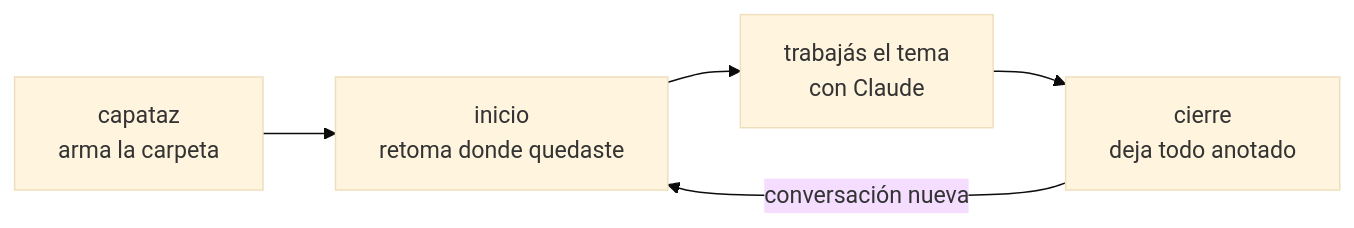
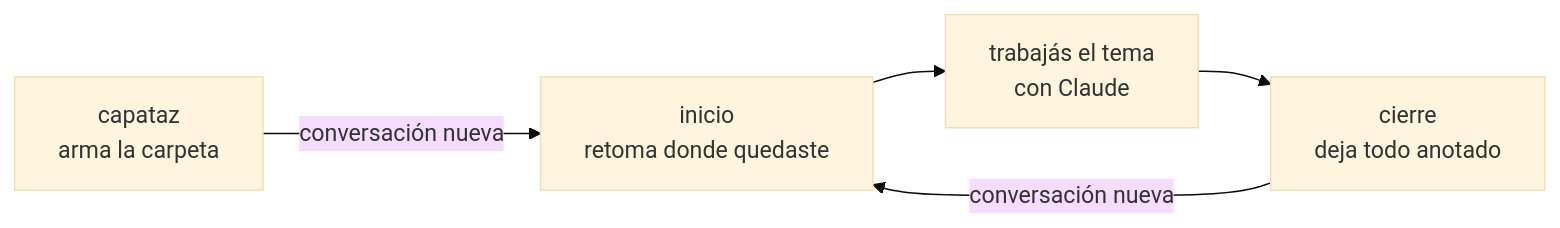
Before and after one commit to guidocameraeq/kit-eq: the diagram in README.md, drawn with Mermaid (base theme). The commit also changed other lines of this file and 20 other files, not shown here.

````diff
--- a/README.md
+++ b/README.md
@@ -53,7 +55,7 @@
 ```mermaid
 flowchart LR
-    A["capataz<br/>arma la carpeta"] --> B["inicio<br/>retoma donde quedaste"]
+    A["capataz<br/>arma la carpeta"] -->|conversación nueva| B["inicio<br/>retoma donde quedaste"]
     B --> C["trabajás el tema<br/>con Claude"]
     C --> D["cierre<br/>deja todo anotado"]
     D -->|conversación nueva| B
 ```
````
